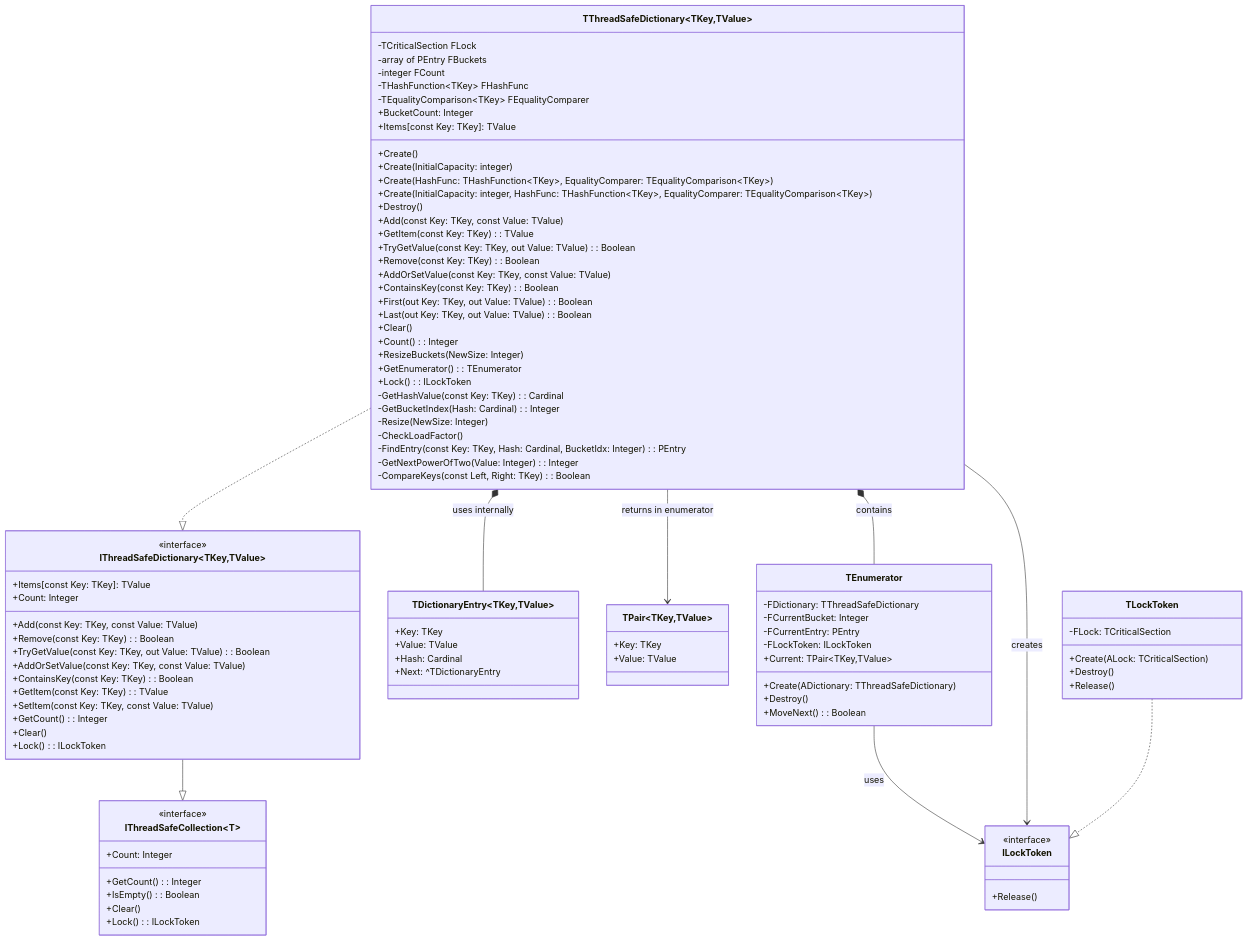
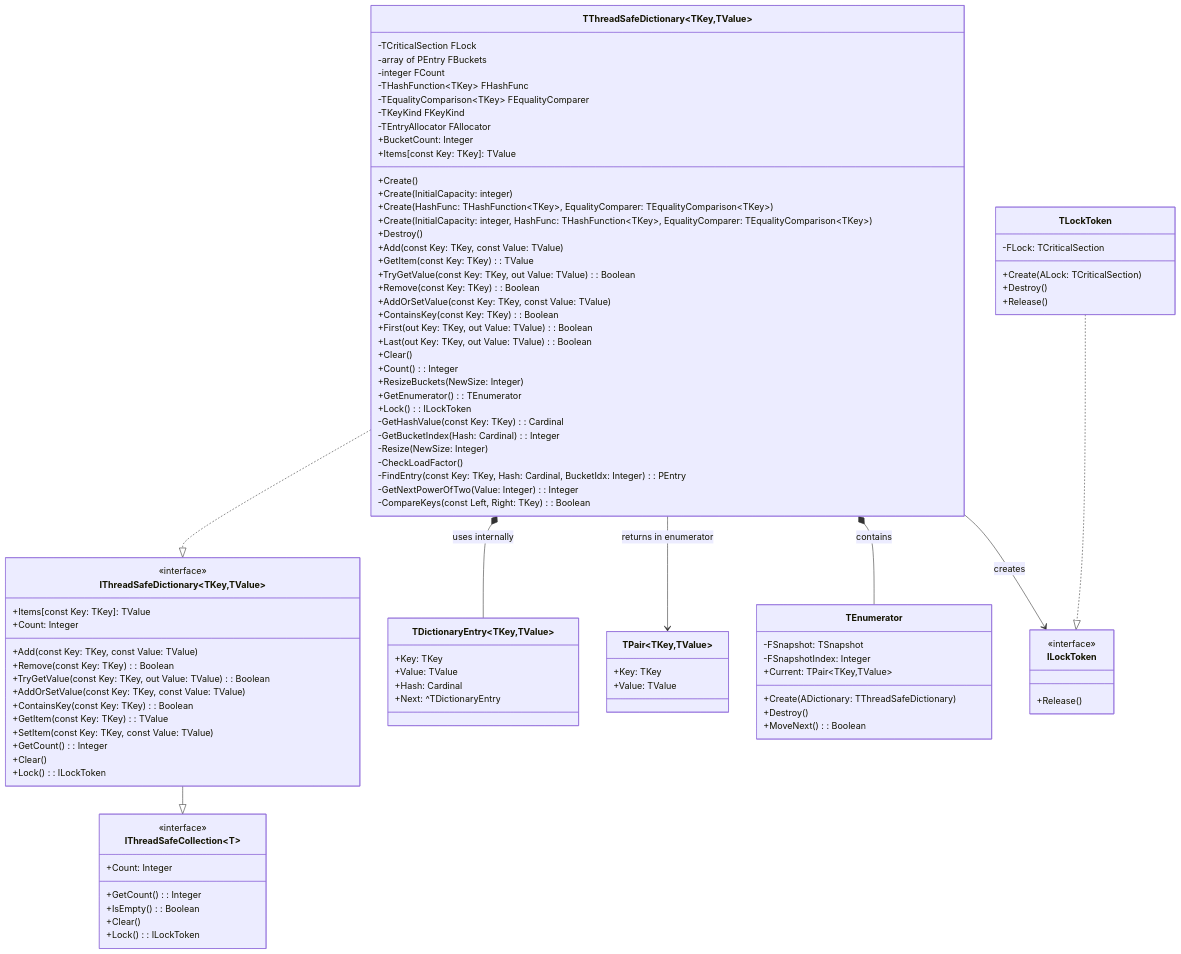
One commit to ikelaiah/threadsafecollections-fp changed the diagram in docs/ThreadSafeCollections.Dictionary.md. Above: the diagram before and after it, drawn with Mermaid. The commit also changed other lines of this file and 6 other files, not shown here.

````diff
--- a/docs/ThreadSafeCollections.Dictionary.md
+++ b/docs/ThreadSafeCollections.Dictionary.md
@@ -153,6 +153,8 @@
         -integer FCount
         -THashFunction~TKey~ FHashFunc
         -TEqualityComparison~TKey~ FEqualityComparer
+        -TKeyKind FKeyKind
+        -TEntryAllocator FAllocator
         +Create()
         +Create(InitialCapacity: integer)
         +Create(HashFunc: THashFunction~TKey~, EqualityComparer: TEqualityComparison~TKey~)
@@ -195,10 +197,8 @@
     }
     
     class TEnumerator {
-        -FDictionary: TThreadSafeDictionary
-        -FCurrentBucket: Integer
-        -FCurrentEntry: PEntry
-        -FLockToken: ILockToken
+        -FSnapshot: TSnapshot
+        -FSnapshotIndex: Integer
         +Create(ADictionary: TThreadSafeDictionary)
         +Destroy()
         +MoveNext(): Boolean
@@ -222,7 +222,6 @@
     TThreadSafeDictionary *-- TEnumerator : contains
     TThreadSafeDictionary *-- TDictionaryEntry : uses internally
     TThreadSafeDictionary --> TPair : returns in enumerator
-    TEnumerator --> ILockToken : uses
     TThreadSafeDictionary --> ILockToken : creates
     TLockToken ..|> ILockToken
 ```
````
